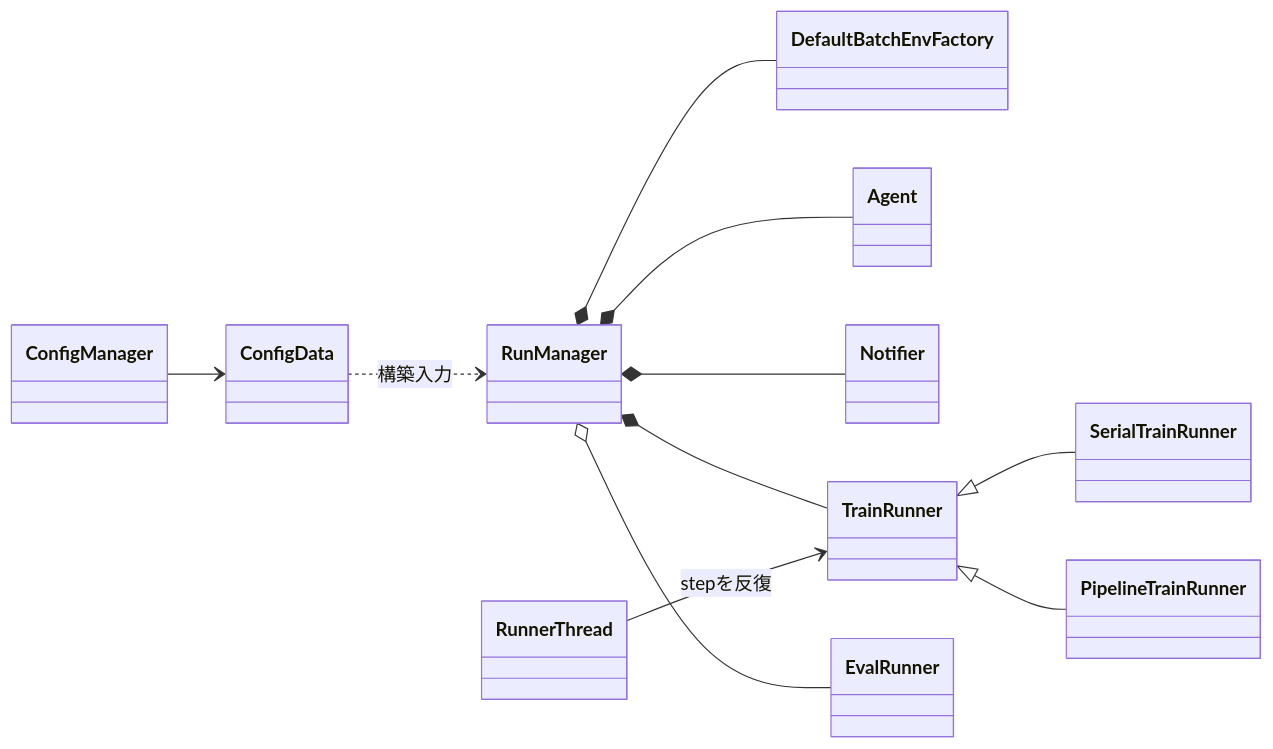
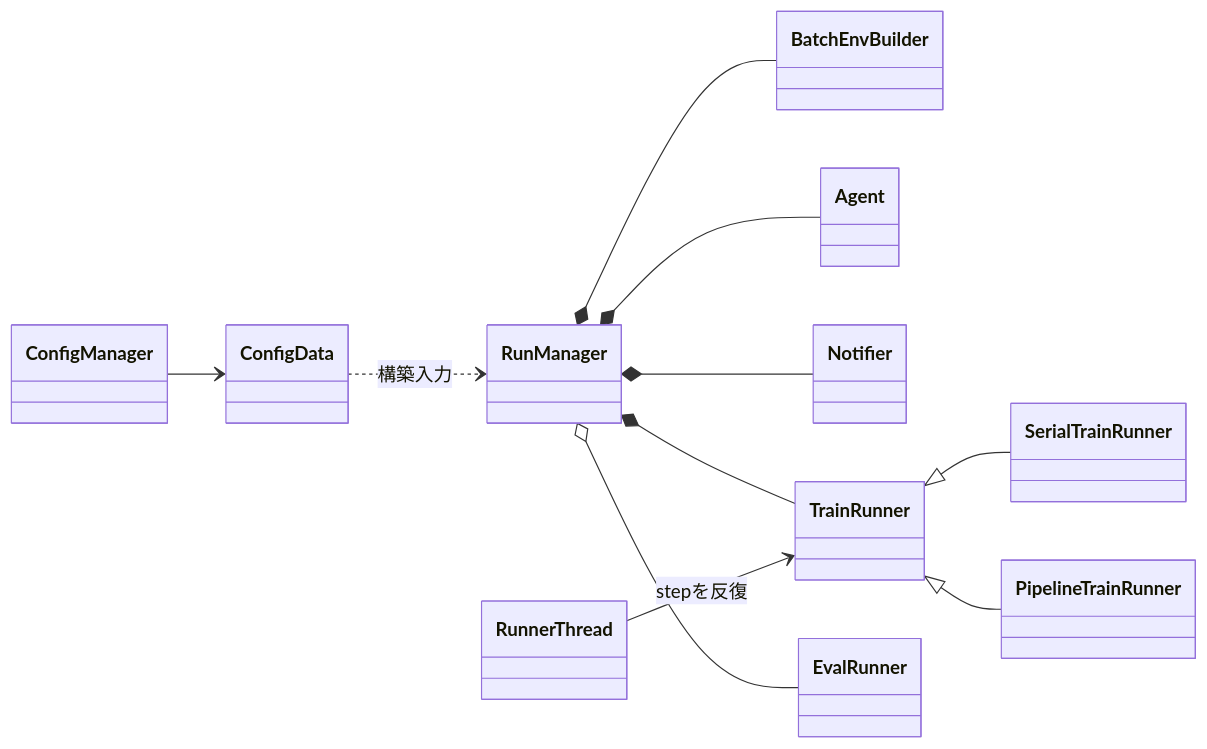
One commit to kazukin123/anet-lab changed the first of 4 diagrams in docs/design/100_runtime_and_configuration.jp.md. Above: the diagram before and after it, drawn with Mermaid. The commit also changed other lines of this file and 60 other files, not shown here.

````diff
--- a/docs/design/100_runtime_and_configuration.jp.md
+++ b/docs/design/100_runtime_and_configuration.jp.md
@@ -89,27 +89,27 @@
 ```mermaid
 classDiagram
 direction LR
 
 class ConfigManager
 class ConfigData
 class RunManager
-class DefaultBatchEnvFactory
+class BatchEnvBuilder
 class Agent
 class Notifier
 class TrainRunner
 class SerialTrainRunner
 class PipelineTrainRunner
 class EvalRunner
 class RunnerThread
 
 ConfigManager --> ConfigData
 ConfigData ..> RunManager : 構築入力
-RunManager *-- DefaultBatchEnvFactory
+RunManager *-- BatchEnvBuilder
 RunManager *-- Agent
 RunManager *-- Notifier
 RunManager *-- TrainRunner
 RunManager o-- EvalRunner
 TrainRunner <|-- SerialTrainRunner
 TrainRunner <|-- PipelineTrainRunner
 RunnerThread --> TrainRunner : stepを反復
 ```
````
